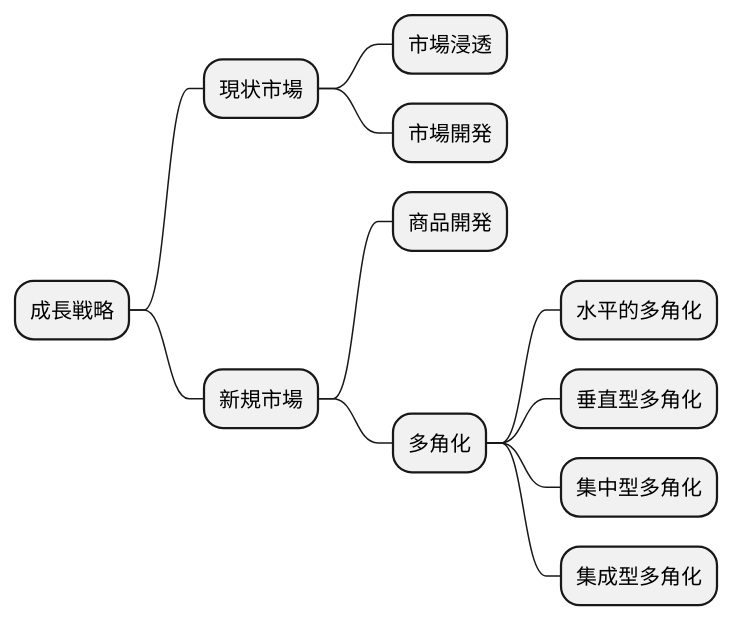
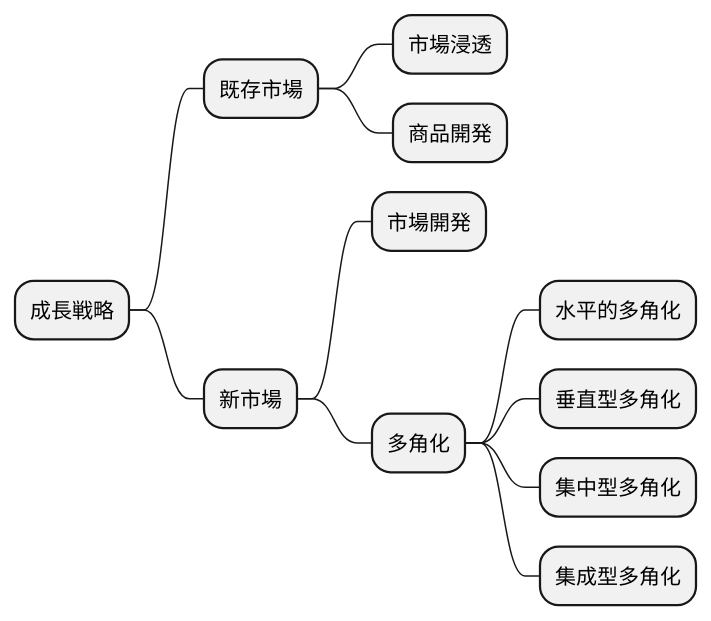
Before and after one commit to k2works/case-sutudy-business-analysis: the sixth of 16 diagrams in docs/case/r0X_case_X.adoc, drawn with PlantUML. The commit also changed 1 other file, not shown here.

Commit message:
docs:R04 事例3

```diff
--- a/docs/case/r0X_case_X.adoc
+++ b/docs/case/r0X_case_X.adoc
@@ -122,18 +122,18 @@
 [plantuml]
 ----
 @startmindmap
 
 * 成長戦略
-** 現状市場
+** 既存市場
 *** 市場浸透
+*** 商品開発
+** 新市場
 *** 市場開発
-** 新規市場
-*** 商品開発
 *** 多角化
 **** 水平的多角化
 **** 垂直型多角化
 **** 集中型多角化
 **** 集成型多角化
 
 @endmindmap
 ----
```
